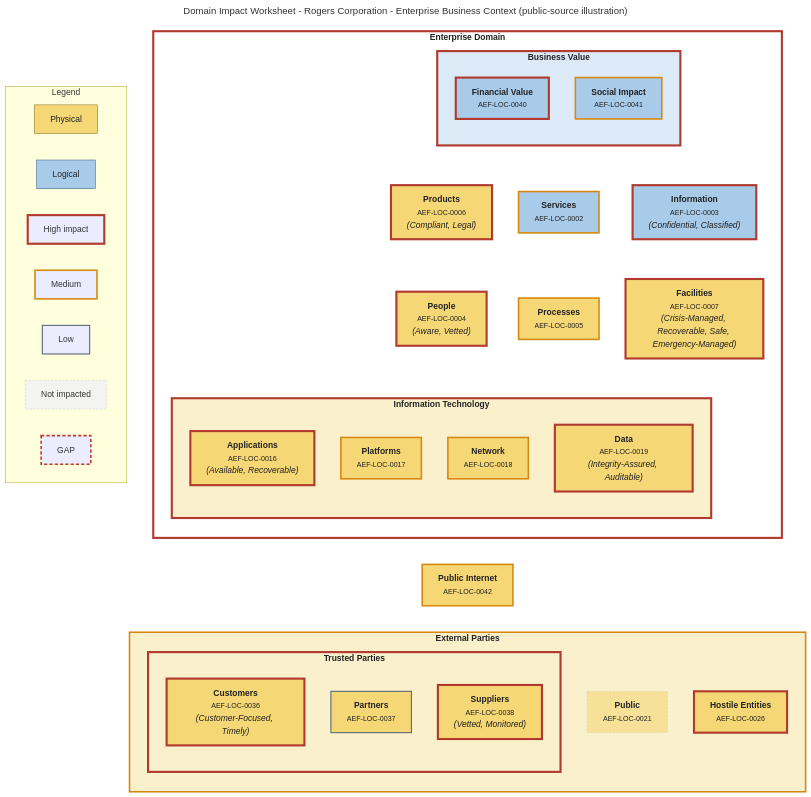
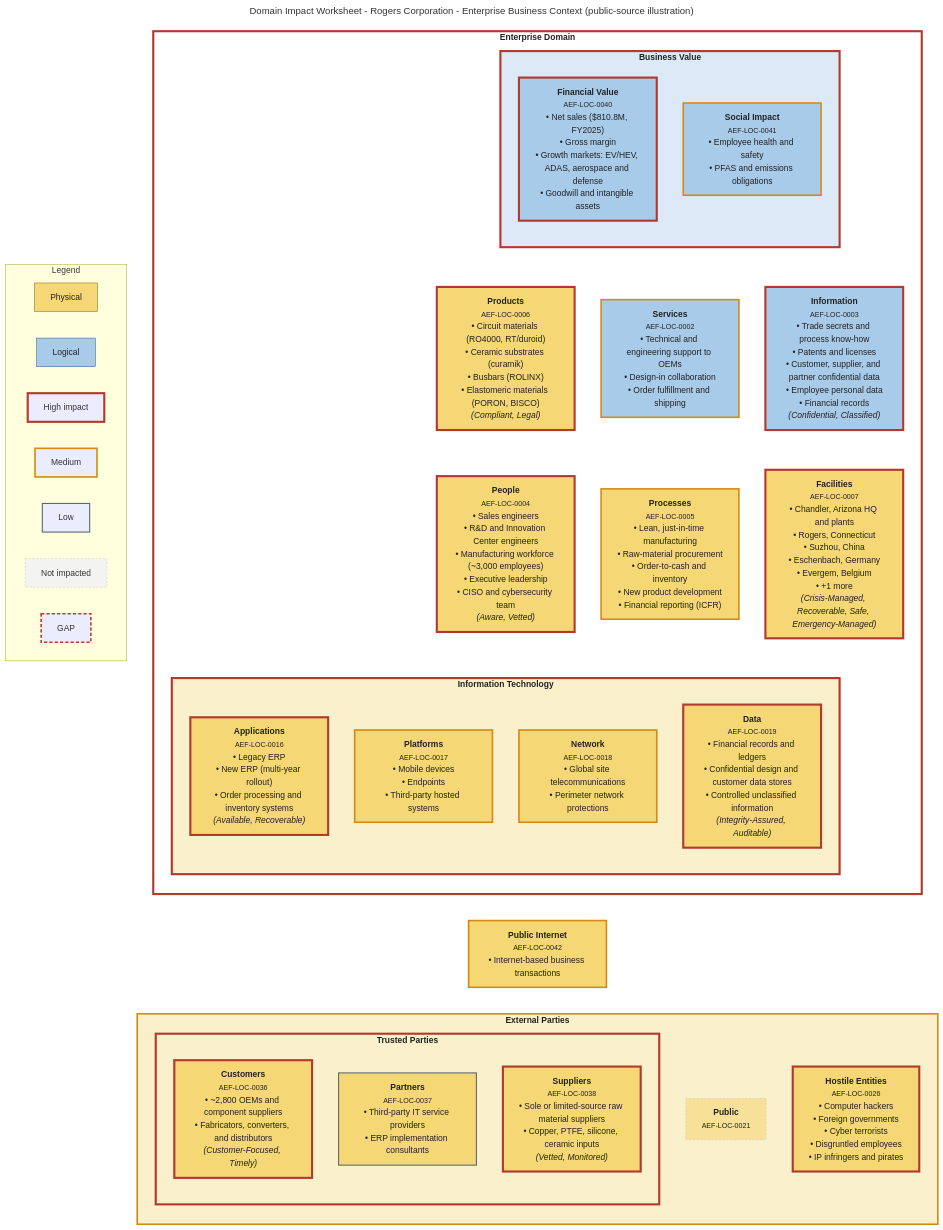
Before and after one commit to robertrostsource/archascode: the diagram in bca/engagements/rogers/enterprise/domain_impact.mmd, drawn with Mermaid. The commit also changed 9 other files, not shown here.

```diff
--- a/bca/engagements/rogers/enterprise/domain_impact.mmd
+++ b/bca/engagements/rogers/enterprise/domain_impact.mmd
@@ -1,90 +1,90 @@
 ---
 title: Domain Impact Worksheet - Rogers Corporation - Enterprise Business Context (public-source illustration)
 ---
 %% Generated by scripts/render_domain_impact.py. Do not edit.
 %% Domain model (c) Archistry / Andrew S. Townley, used with attribution. Based on SABSA(R).
 flowchart TB
   classDef physical fill:#F6D776,stroke:#8A6D1F,color:#222
   classDef logical fill:#A9CBEA,stroke:#2F5F8A,color:#222
   classDef boundary fill:#FFFFFF,stroke:#555,color:#222
   subgraph D0001["<b>Enterprise Domain</b>"]
     direction TB
     subgraph D0039["<b>Business Value</b>"]
       direction TB
-      D0040["<b>Financial Value</b><br/><small>AEF-LOC-0040</small>"]:::logical
-      D0041["<b>Social Impact</b><br/><small>AEF-LOC-0041</small>"]:::logical
+      D0040["<b>Financial Value</b><br/><small>AEF-LOC-0040</small><br/>• Net sales ($810.8M, FY2025)<br/>• Gross margin<br/>• Growth markets: EV/HEV, ADAS, aerospace and defense<br/>• Goodwill and intangible assets"]:::logical
+      D0041["<b>Social Impact</b><br/><small>AEF-LOC-0041</small><br/>• Employee health and safety<br/>• PFAS and emissions obligations"]:::logical
     end
-    D0006["<b>Products</b><br/><small>AEF-LOC-0006</small><br/><i>(Compliant, Legal)</i>"]:::physical
-    D0002["<b>Services</b><br/><small>AEF-LOC-0002</small>"]:::logical
-    D0003["<b>Information</b><br/><small>AEF-LOC-0003</small><br/><i>(Confidential, Classified)</i>"]:::logical
-    D0004["<b>People</b><br/><small>AEF-LOC-0004</small><br/><i>(Aware, Vetted)</i>"]:::physical
-    D0005["<b>Processes</b><br/><small>AEF-LOC-0005</small>"]:::physical
-    D0007["<b>Facilities</b><br/><small>AEF-LOC-0007</small><br/><i>(Crisis-Managed, Recoverable, Safe, Emergency-Managed)</i>"]:::physical
+    D0006["<b>Products</b><br/><small>AEF-LOC-0006</small><br/>• Circuit materials (RO4000, RT/duroid)<br/>• Ceramic substrates (curamik)<br/>• Busbars (ROLINX)<br/>• Elastomeric materials (PORON, BISCO)<br/><i>(Compliant, Legal)</i>"]:::physical
+    D0002["<b>Services</b><br/><small>AEF-LOC-0002</small><br/>• Technical and engineering support to OEMs<br/>• Design-in collaboration<br/>• Order fulfillment and shipping"]:::logical
+    D0003["<b>Information</b><br/><small>AEF-LOC-0003</small><br/>• Trade secrets and process know-how<br/>• Patents and licenses<br/>• Customer, supplier, and partner confidential data<br/>• Employee personal data<br/>• Financial records<br/><i>(Confidential, Classified)</i>"]:::logical
+    D0004["<b>People</b><br/><small>AEF-LOC-0004</small><br/>• Sales engineers<br/>• R#amp;D and Innovation Center engineers<br/>• Manufacturing workforce (~3,000 employees)<br/>• Executive leadership<br/>• CISO and cybersecurity team<br/><i>(Aware, Vetted)</i>"]:::physical
+    D0005["<b>Processes</b><br/><small>AEF-LOC-0005</small><br/>• Lean, just-in-time manufacturing<br/>• Raw-material procurement<br/>• Order-to-cash and inventory<br/>• New product development<br/>• Financial reporting (ICFR)"]:::physical
+    D0007["<b>Facilities</b><br/><small>AEF-LOC-0007</small><br/>• Chandler, Arizona HQ and plants<br/>• Rogers, Connecticut<br/>• Suzhou, China<br/>• Eschenbach, Germany<br/>• Evergem, Belgium<br/>• +1 more<br/><i>(Crisis-Managed, Recoverable, Safe, Emergency-Managed)</i>"]:::physical
     subgraph D0015["<b>Information Technology</b>"]
       direction TB
-      D0016["<b>Applications</b><br/><small>AEF-LOC-0016</small><br/><i>(Available, Recoverable)</i>"]:::physical
-      D0017["<b>Platforms</b><br/><small>AEF-LOC-0017</small>"]:::physical
-      D0018["<b>Network</b><br/><small>AEF-LOC-0018</small>"]:::physical
-      D0019["<b>Data</b><br/><small>AEF-LOC-0019</small><br/><i>(Integrity-Assured, Auditable)</i>"]:::physical
+      D0016["<b>Applications</b><br/><small>AEF-LOC-0016</small><br/>• Legacy ERP<br/>• New ERP (multi-year rollout)<br/>• Order processing and inventory systems<br/><i>(Available, Recoverable)</i>"]:::physical
+      D0017["<b>Platforms</b><br/><small>AEF-LOC-0017</small><br/>• Mobile devices<br/>• Endpoints<br/>• Third-party hosted systems"]:::physical
+      D0018["<b>Network</b><br/><small>AEF-LOC-0018</small><br/>• Global site telecommunications<br/>• Perimeter network protections"]:::physical
+      D0019["<b>Data</b><br/><small>AEF-LOC-0019</small><br/>• Financial records and ledgers<br/>• Confidential design and customer data stores<br/>• Controlled unclassified information<br/><i>(Integrity-Assured, Auditable)</i>"]:::physical
     end
   end
-  D0042["<b>Public Internet</b><br/><small>AEF-LOC-0042</small>"]:::physical
+  D0042["<b>Public Internet</b><br/><small>AEF-LOC-0042</small><br/>• Internet-based business transactions"]:::physical
   subgraph D0020["<b>External Parties</b>"]
     direction TB
     D0021["<b>Public</b><br/><small>AEF-LOC-0021</small>"]:::physical
     subgraph D0031["<b>Trusted Parties</b>"]
       direction TB
-      D0036["<b>Customers</b><br/><small>AEF-LOC-0036</small><br/><i>(Customer-Focused, Timely)</i>"]:::physical
-      D0037["<b>Partners</b><br/><small>AEF-LOC-0037</small>"]:::physical
-      D0038["<b>Suppliers</b><br/><small>AEF-LOC-0038</small><br/><i>(Vetted, Monitored)</i>"]:::physical
+      D0036["<b>Customers</b><br/><small>AEF-LOC-0036</small><br/>• ~2,800 OEMs and component suppliers<br/>• Fabricators, converters, and distributors<br/><i>(Customer-Focused, Timely)</i>"]:::physical
+      D0037["<b>Partners</b><br/><small>AEF-LOC-0037</small><br/>• Third-party IT service providers<br/>• ERP implementation consultants"]:::physical
+      D0038["<b>Suppliers</b><br/><small>AEF-LOC-0038</small><br/>• Sole or limited-source raw material suppliers<br/>• Copper, PTFE, silicone, ceramic inputs<br/><i>(Vetted, Monitored)</i>"]:::physical
     end
-    D0026["<b>Hostile Entities</b><br/><small>AEF-LOC-0026</small>"]:::physical
+    D0026["<b>Hostile Entities</b><br/><small>AEF-LOC-0026</small><br/>• Computer hackers<br/>• Foreign governments<br/>• Cyber terrorists<br/>• Disgruntled employees<br/>• IP infringers and pirates"]:::physical
   end
   D0039 ~~~ D0006
   D0039 ~~~ D0002
   D0039 ~~~ D0003
   D0006 ~~~ D0004
   D0002 ~~~ D0005
   D0003 ~~~ D0007
   D0004 ~~~ D0015
   D0001 ~~~ D0042
   D0042 ~~~ D0020
 
   subgraph LEGEND["Legend"]
     direction LR
     L1["Physical"]:::physical
     L2["Logical"]:::logical
     L3["High impact"]
     L4["Medium"]
     L5["Low"]
     L6["Not impacted"]
     L7["GAP"]
   end
   style D0040 stroke:#B03A2E,stroke-width:4px
   style D0041 stroke:#D68910,stroke-width:3px
   style D0039 fill:#DCEAF7,color:#222,stroke:#B03A2E,stroke-width:4px
   style D0006 stroke:#B03A2E,stroke-width:4px
   style D0002 stroke:#D68910,stroke-width:3px
   style D0003 stroke:#B03A2E,stroke-width:4px
   style D0004 stroke:#B03A2E,stroke-width:4px
   style D0005 stroke:#D68910,stroke-width:3px
   style D0007 stroke:#B03A2E,stroke-width:4px
   style D0016 stroke:#B03A2E,stroke-width:4px
   style D0017 stroke:#D68910,stroke-width:3px
   style D0018 stroke:#D68910,stroke-width:3px
   style D0019 stroke:#B03A2E,stroke-width:4px
   style D0015 fill:#FBF0CC,color:#222,stroke:#B03A2E,stroke-width:4px
   style D0001 fill:#FFFFFF,color:#222,stroke:#B03A2E,stroke-width:4px
   style D0042 stroke:#D68910,stroke-width:3px
   style D0021 stroke:#AAB7B8,stroke-width:1px,stroke-dasharray:4 3,opacity:0.6
   style D0036 stroke:#B03A2E,stroke-width:4px
   style D0037 stroke:#566573,stroke-width:2px
   style D0038 stroke:#B03A2E,stroke-width:4px
   style D0031 fill:#FBF0CC,color:#222,stroke:#B03A2E,stroke-width:4px
   style D0026 stroke:#B03A2E,stroke-width:4px
   style D0020 fill:#FBF0CC,color:#222,stroke:#D68910,stroke-width:3px
   style L3 stroke:#B03A2E,stroke-width:4px
   style L4 stroke:#D68910,stroke-width:3px
   style L5 stroke:#566573,stroke-width:2px
   style L6 stroke:#AAB7B8,stroke-width:1px,stroke-dasharray:4 3,opacity:0.6
   style L7 stroke:#C0392B,stroke-width:3px,stroke-dasharray:6 4
```
